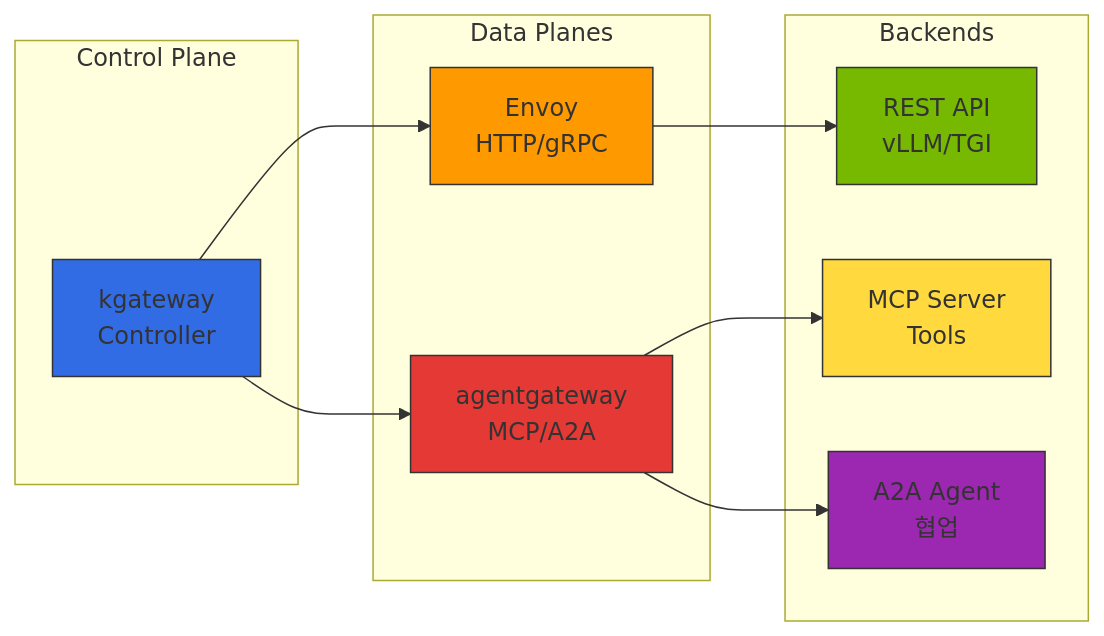
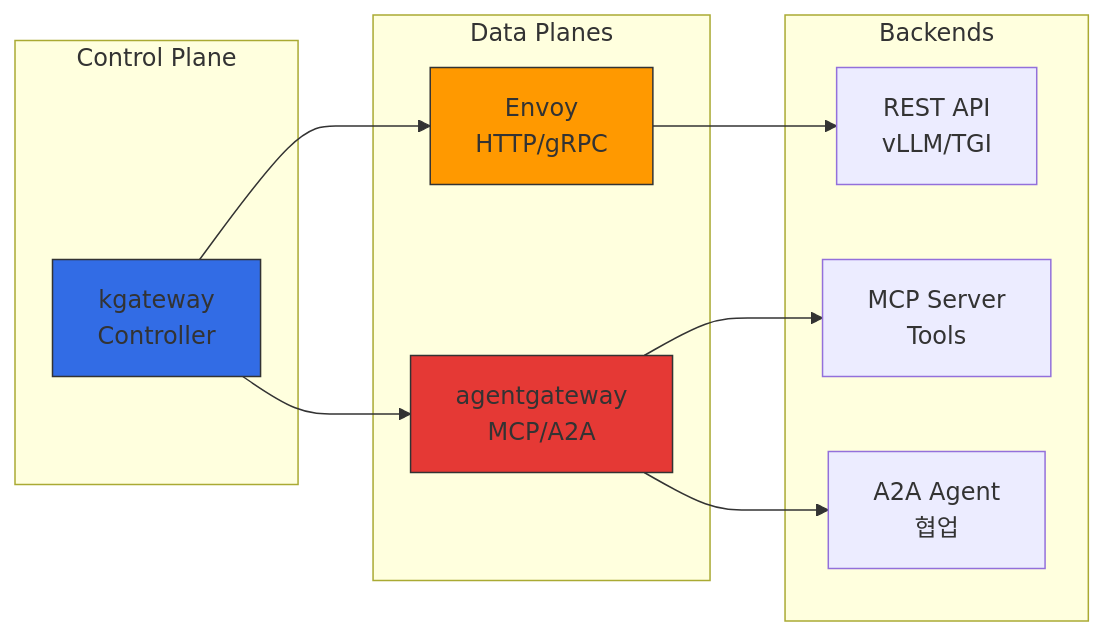
Before and after one commit to devfloor9/engineering-playbook: the fifth of 5 diagrams in docs/agentic-ai-platform/gateway-agents/inference-gateway-routing.md, drawn with Mermaid. The commit also changed other lines of this file and 3 other files, not shown here.

````diff
--- a/docs/agentic-ai-platform/gateway-agents/inference-gateway-routing.md
+++ b/docs/agentic-ai-platform/gateway-agents/inference-gateway-routing.md
@@ -1021,30 +418,27 @@
 ```mermaid
 flowchart LR
     subgraph CP["Control Plane"]
         CTRL[kgateway<br/>Controller]
     end
 
     subgraph DP["Data Planes"]
         ENVOY[Envoy<br/>HTTP/gRPC]
         AGENT[agentgateway<br/>MCP/A2A]
     end
 
     subgraph BE["Backends"]
         REST[REST API<br/>vLLM/TGI]
         MCP[MCP Server<br/>Tools]
         A2A[A2A Agent<br/>협업]
     end
 
     CTRL --> ENVOY
     CTRL --> AGENT
     ENVOY --> REST
     AGENT --> MCP
     AGENT --> A2A
 
     style CTRL fill:#326ce5,stroke:#333
     style ENVOY fill:#ff9900,stroke:#333
     style AGENT fill:#e53935,stroke:#333
-    style REST fill:#76b900,stroke:#333
-    style MCP fill:#ffd93d,stroke:#333
-    style A2A fill:#9c27b0,stroke:#333
 ```
````
